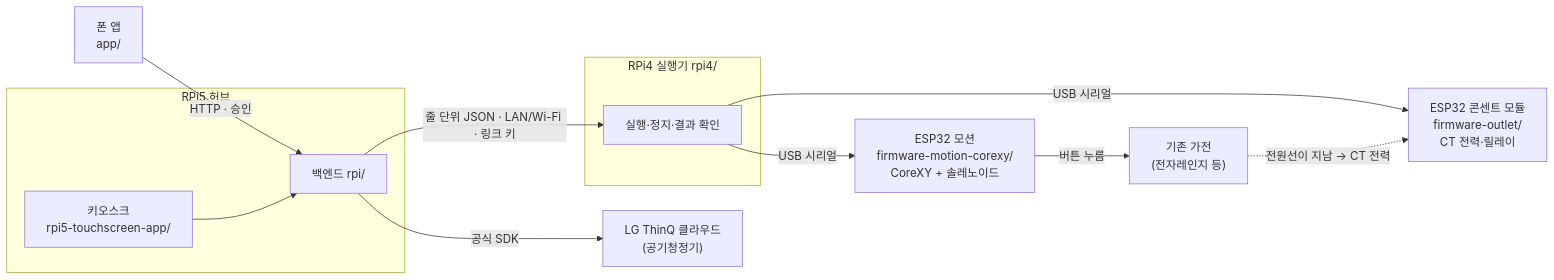
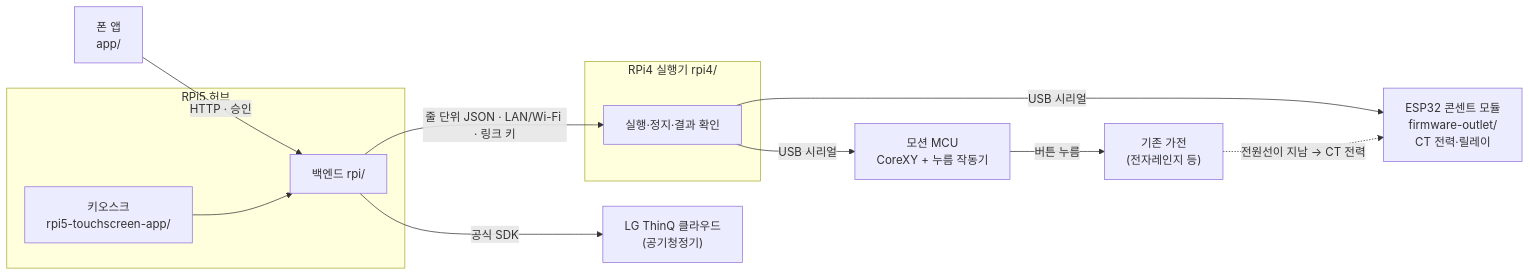
Before and after one commit to Seongwonp/Simplelay: the diagram in README.md, drawn with Mermaid. The commit also changed other lines of this file and 39 other files, not shown here.

````diff
--- a/README.md
+++ b/README.md
@@ -62,24 +65,24 @@
 ```mermaid
 flowchart LR
     phone["폰 앱<br/>app/"]
     subgraph rpi5["RPi5 허브"]
         hub["백엔드 rpi/"]
         kiosk["키오스크<br/>rpi5-touchscreen-app/"]
     end
     subgraph rpi4b["RPi4 실행기 rpi4/"]
         act["실행·정지·결과 확인"]
     end
-    motion["ESP32 모션<br/>firmware-motion-corexy/<br/>CoreXY + 솔레노이드"]
+    motion["모션 MCU<br/>CoreXY + 누름 작동기"]
     outlet["ESP32 콘센트 모듈<br/>firmware-outlet/<br/>CT 전력·릴레이"]
     appliance["기존 가전<br/>(전자레인지 등)"]
     thinq["LG ThinQ 클라우드<br/>(공기청정기)"]
 
     phone -->|"HTTP · 승인"| hub
     kiosk --> hub
     hub -->|"줄 단위 JSON · LAN/Wi-Fi · 링크 키"| act
     act -->|"USB 시리얼"| motion
     act -->|"USB 시리얼"| outlet
     motion -->|"버튼 누름"| appliance
     appliance -.->|"전원선이 지남 → CT 전력"| outlet
     hub -->|"공식 SDK"| thinq
 ```
````
